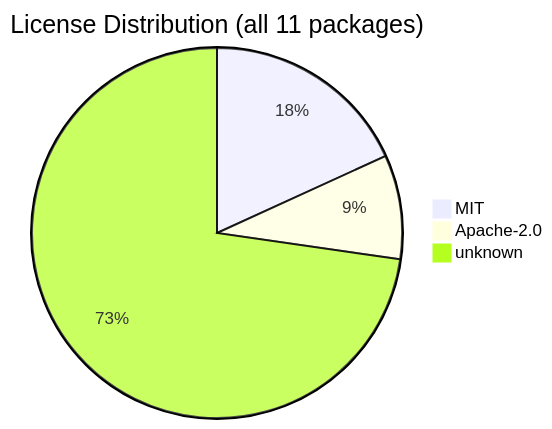
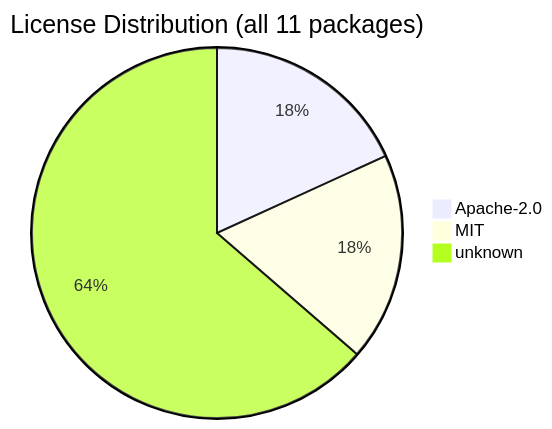
The diagram in .shipwright/compliance/sbom.md (svenroth-ai/shipwright), drawn with Mermaid before and after one commit. The commit also changed other lines of this file and 27 other files, not shown here.

````diff
--- a/.shipwright/compliance/sbom.md
+++ b/.shipwright/compliance/sbom.md
@@ -18,6 +18,6 @@
 ```mermaid
 pie title License Distribution (all 11 packages)
+    "Apache-2.0" : 2
     "MIT" : 2
-    "Apache-2.0" : 1
-    "unknown" : 8
+    "unknown" : 7
 ```
````
